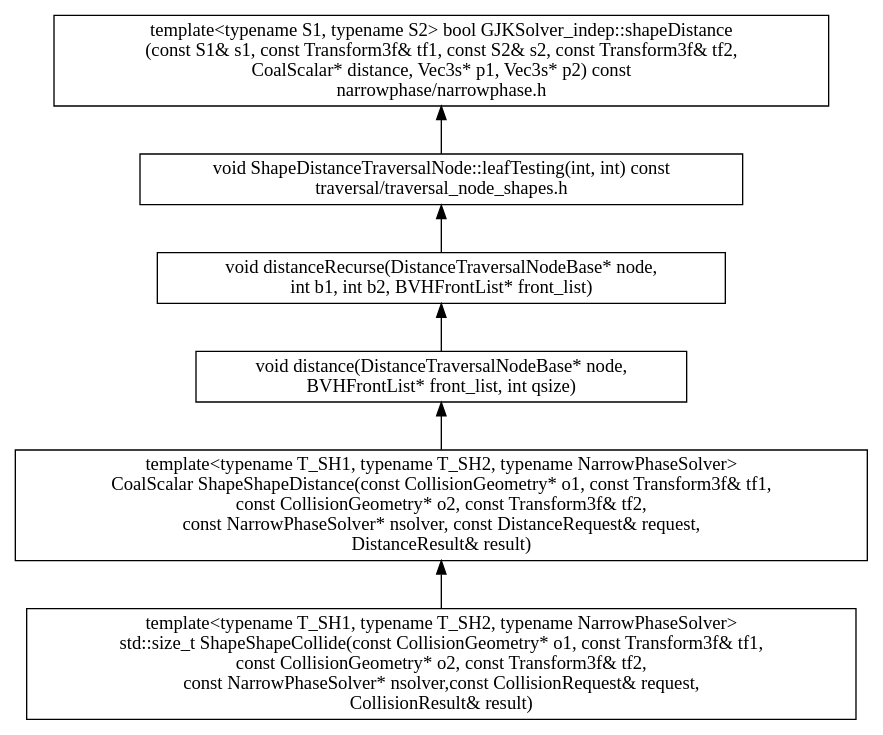
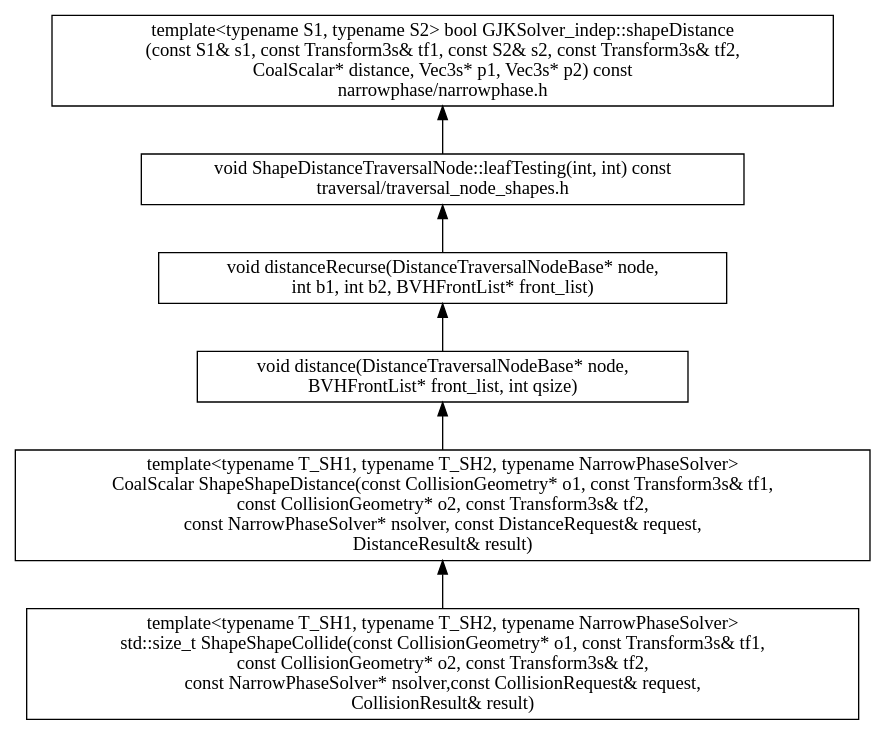
Before and after one commit to humanoid-path-planner/hpp-fcl: the diagram in doc/shape-shape-collision-call.dot, drawn with Graphviz. The commit also changed 119 other files, not shown here.

```diff
--- a/doc/shape-shape-collision-call.dot
+++ b/doc/shape-shape-collision-call.dot
@@ -1,19 +1,19 @@
 digraph CD  {
 
 	rankdir = BT
 	compound=true
         size = 11.7
 
-        "template<typename T_SH1, typename T_SH2, typename NarrowPhaseSolver>\nstd::size_t ShapeShapeCollide(const CollisionGeometry* o1, const Transform3f& tf1,\nconst CollisionGeometry* o2, const Transform3f& tf2,\nconst NarrowPhaseSolver* nsolver,const CollisionRequest& request,\nCollisionResult& result)" [shape = box]
-        "template<typename T_SH1, typename T_SH2, typename NarrowPhaseSolver>\nCoalScalar ShapeShapeDistance(const CollisionGeometry* o1, const Transform3f& tf1,\nconst CollisionGeometry* o2, const Transform3f& tf2,\nconst NarrowPhaseSolver* nsolver, const DistanceRequest& request,\nDistanceResult& result)" [shape = box]
+        "template<typename T_SH1, typename T_SH2, typename NarrowPhaseSolver>\nstd::size_t ShapeShapeCollide(const CollisionGeometry* o1, const Transform3s& tf1,\nconst CollisionGeometry* o2, const Transform3s& tf2,\nconst NarrowPhaseSolver* nsolver,const CollisionRequest& request,\nCollisionResult& result)" [shape = box]
+        "template<typename T_SH1, typename T_SH2, typename NarrowPhaseSolver>\nCoalScalar ShapeShapeDistance(const CollisionGeometry* o1, const Transform3s& tf1,\nconst CollisionGeometry* o2, const Transform3s& tf2,\nconst NarrowPhaseSolver* nsolver, const DistanceRequest& request,\nDistanceResult& result)" [shape = box]
         "void distance(DistanceTraversalNodeBase* node,\nBVHFrontList* front_list, int qsize)" [shape = box]
         "void distanceRecurse(DistanceTraversalNodeBase* node,\nint b1, int b2, BVHFrontList* front_list)" [shape = box]
         "void ShapeDistanceTraversalNode::leafTesting(int, int) const\ntraversal/traversal_node_shapes.h" [shape = box]
-        "template<typename S1, typename S2> bool GJKSolver_indep::shapeDistance\n(const S1& s1, const Transform3f& tf1, const S2& s2, const Transform3f& tf2,\nCoalScalar* distance, Vec3s* p1, Vec3s* p2) const\nnarrowphase/narrowphase.h" [shape = box]
+        "template<typename S1, typename S2> bool GJKSolver_indep::shapeDistance\n(const S1& s1, const Transform3s& tf1, const S2& s2, const Transform3s& tf2,\nCoalScalar* distance, Vec3s* p1, Vec3s* p2) const\nnarrowphase/narrowphase.h" [shape = box]
 
-        "template<typename T_SH1, typename T_SH2, typename NarrowPhaseSolver>\nstd::size_t ShapeShapeCollide(const CollisionGeometry* o1, const Transform3f& tf1,\nconst CollisionGeometry* o2, const Transform3f& tf2,\nconst NarrowPhaseSolver* nsolver,const CollisionRequest& request,\nCollisionResult& result)" -> "template<typename T_SH1, typename T_SH2, typename NarrowPhaseSolver>\nCoalScalar ShapeShapeDistance(const CollisionGeometry* o1, const Transform3f& tf1,\nconst CollisionGeometry* o2, const Transform3f& tf2,\nconst NarrowPhaseSolver* nsolver, const DistanceRequest& request,\nDistanceResult& result)"
-        "template<typename T_SH1, typename T_SH2, typename NarrowPhaseSolver>\nCoalScalar ShapeShapeDistance(const CollisionGeometry* o1, const Transform3f& tf1,\nconst CollisionGeometry* o2, const Transform3f& tf2,\nconst NarrowPhaseSolver* nsolver, const DistanceRequest& request,\nDistanceResult& result)" -> "void distance(DistanceTraversalNodeBase* node,\nBVHFrontList* front_list, int qsize)"
+        "template<typename T_SH1, typename T_SH2, typename NarrowPhaseSolver>\nstd::size_t ShapeShapeCollide(const CollisionGeometry* o1, const Transform3s& tf1,\nconst CollisionGeometry* o2, const Transform3s& tf2,\nconst NarrowPhaseSolver* nsolver,const CollisionRequest& request,\nCollisionResult& result)" -> "template<typename T_SH1, typename T_SH2, typename NarrowPhaseSolver>\nCoalScalar ShapeShapeDistance(const CollisionGeometry* o1, const Transform3s& tf1,\nconst CollisionGeometry* o2, const Transform3s& tf2,\nconst NarrowPhaseSolver* nsolver, const DistanceRequest& request,\nDistanceResult& result)"
+        "template<typename T_SH1, typename T_SH2, typename NarrowPhaseSolver>\nCoalScalar ShapeShapeDistance(const CollisionGeometry* o1, const Transform3s& tf1,\nconst CollisionGeometry* o2, const Transform3s& tf2,\nconst NarrowPhaseSolver* nsolver, const DistanceRequest& request,\nDistanceResult& result)" -> "void distance(DistanceTraversalNodeBase* node,\nBVHFrontList* front_list, int qsize)"
         "void distance(DistanceTraversalNodeBase* node,\nBVHFrontList* front_list, int qsize)" -> "void distanceRecurse(DistanceTraversalNodeBase* node,\nint b1, int b2, BVHFrontList* front_list)"
         "void distanceRecurse(DistanceTraversalNodeBase* node,\nint b1, int b2, BVHFrontList* front_list)" -> "void ShapeDistanceTraversalNode::leafTesting(int, int) const\ntraversal/traversal_node_shapes.h"
-        "void ShapeDistanceTraversalNode::leafTesting(int, int) const\ntraversal/traversal_node_shapes.h" -> "template<typename S1, typename S2> bool GJKSolver_indep::shapeDistance\n(const S1& s1, const Transform3f& tf1, const S2& s2, const Transform3f& tf2,\nCoalScalar* distance, Vec3s* p1, Vec3s* p2) const\nnarrowphase/narrowphase.h"
+        "void ShapeDistanceTraversalNode::leafTesting(int, int) const\ntraversal/traversal_node_shapes.h" -> "template<typename S1, typename S2> bool GJKSolver_indep::shapeDistance\n(const S1& s1, const Transform3s& tf1, const S2& s2, const Transform3s& tf2,\nCoalScalar* distance, Vec3s* p1, Vec3s* p2) const\nnarrowphase/narrowphase.h"
 }
```
